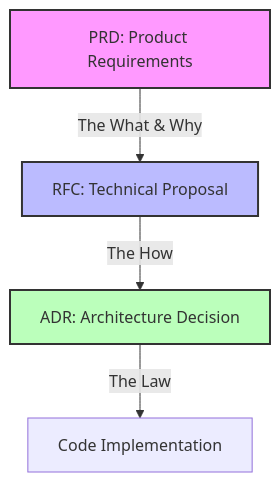
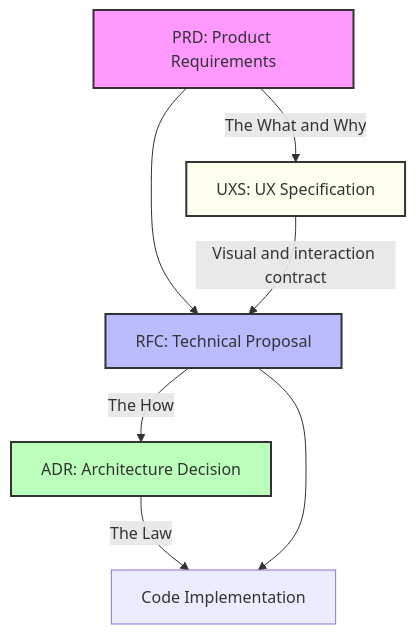
Before and after one commit to chipi/podcast_scraper: the diagram in docs/guides/ENGINEERING_PROCESS.md, drawn with Mermaid. The commit also changed other lines of this file and 336 other files, not shown here.

Commit message:
Semantic corpus search, GI/KG enhancements, architecture docs, ML deps & tests (#490)

````diff
--- a/docs/guides/ENGINEERING_PROCESS.md
+++ b/docs/guides/ENGINEERING_PROCESS.md
@@ -9,10 +9,19 @@
 ```mermaid
 graph TD
-    PRD[PRD: Product Requirements] -->|The What & Why| RFC[RFC: Technical Proposal]
-    RFC -->|The How| ADR[ADR: Architecture Decision]
-    ADR -->|The Law| Implementation[Code Implementation]
+    PRD[PRD: Product Requirements]
+    UXS[UXS: UX Specification]
+    RFC[RFC: Technical Proposal]
+    ADR[ADR: Architecture Decision]
+    Impl[Code Implementation]
+    PRD -->|The What and Why| UXS
+    PRD --> RFC
+    UXS -->|Visual and interaction contract| RFC
+    RFC -->|The How| ADR
+    ADR -->|The Law| Impl
+    RFC --> Impl
 
     style PRD fill:#f9f,stroke:#333,stroke-width:2px
+    style UXS fill:#ffe,stroke:#333,stroke-width:2px
     style RFC fill:#bbf,stroke:#333,stroke-width:2px
     style ADR fill:#bfb,stroke:#333,stroke-width:2px
 ```
````
